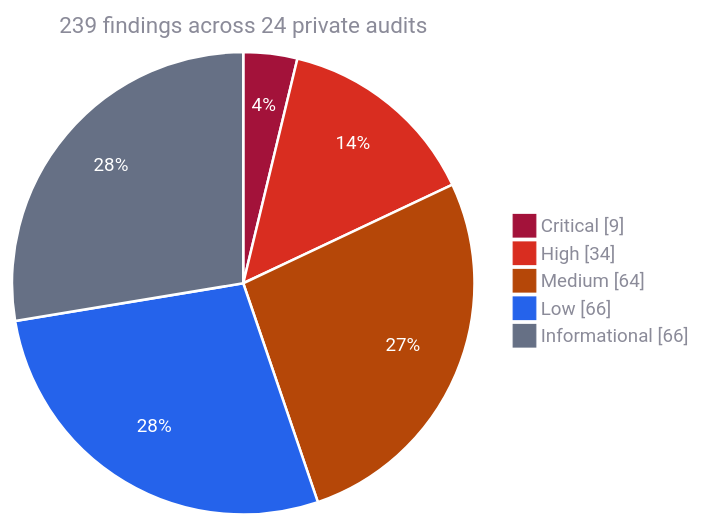
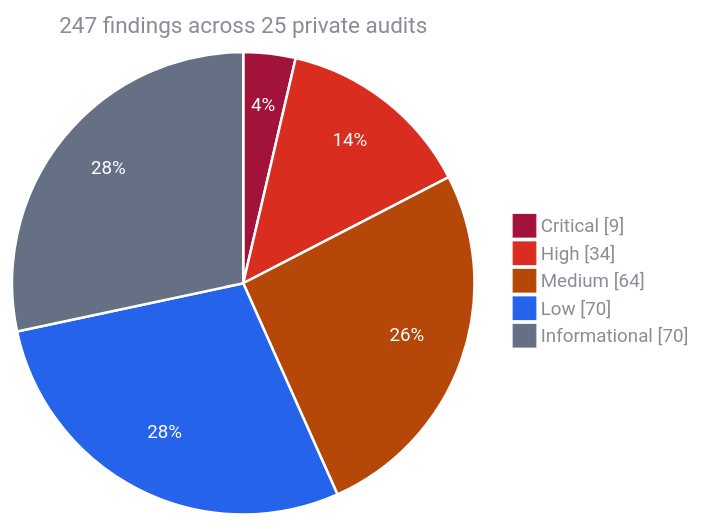
The first of 2 diagrams in README.md (Kann-Audits/Kann-Audits), drawn with Mermaid before and after one commit. The commit also changed other lines of this file and 2 other files, not shown here.

````diff
--- a/README.md
+++ b/README.md
@@ -86,10 +87,10 @@
 ```mermaid
 %%{init: {"theme": "base", "themeVariables": {"pie1": "#a3123a", "pie2": "#d92d20", "pie3": "#b54708", "pie4": "#2563eb", "pie5": "#667085", "pieStrokeColor": "#ffffff", "pieStrokeWidth": "2px", "pieOuterStrokeWidth": "0px", "pieOpacity": "1", "pieSectionTextColor": "#ffffff", "pieSectionTextSize": "15px", "pieTitleTextColor": "#8b8b99", "pieTitleTextSize": "18px", "pieLegendTextColor": "#8b8b99", "pieLegendTextSize": "15px"}}}%%
 pie showData
-    title 239 findings across 24 private audits
+    title 247 findings across 25 private audits
     "Critical" : 9
     "High" : 34
     "Medium" : 64
-    "Low" : 66
-    "Informational" : 66
+    "Low" : 70
+    "Informational" : 70
 ```
````
